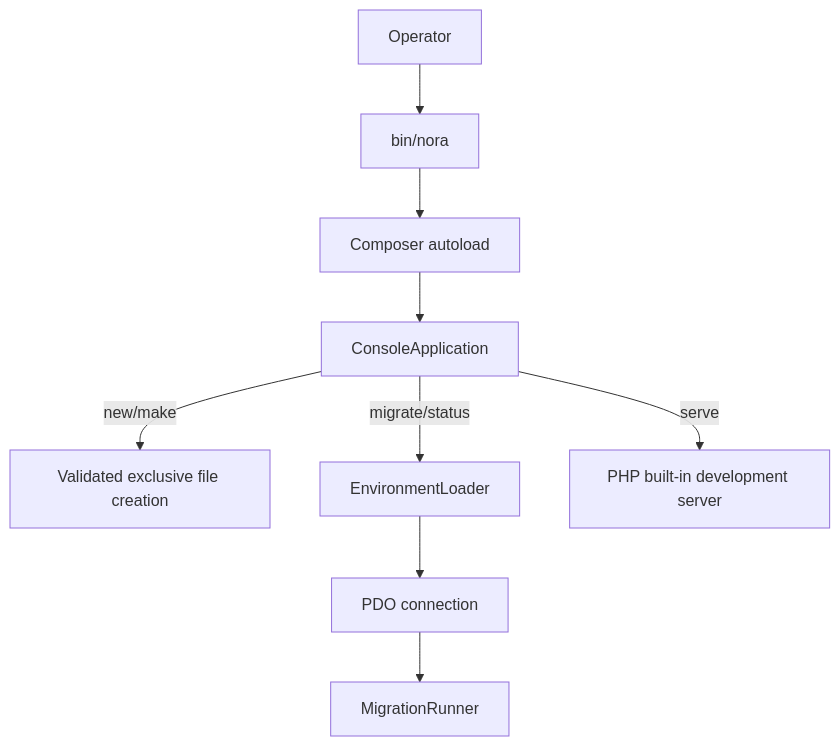
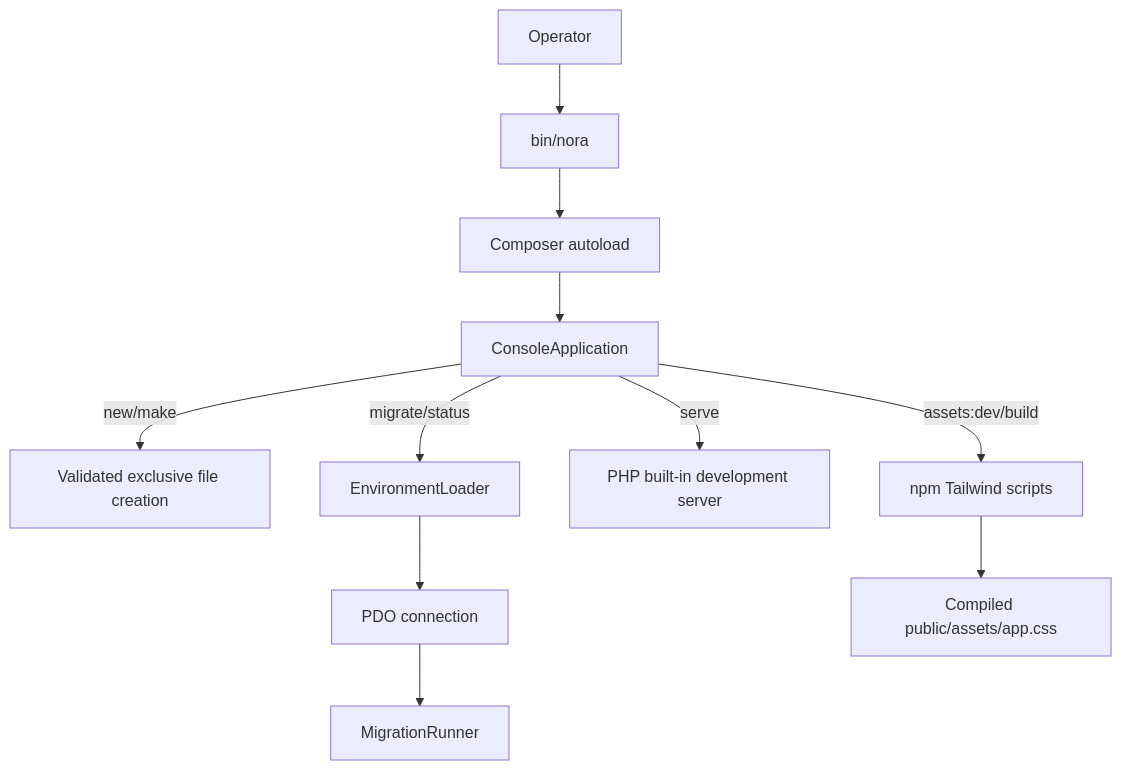
One commit to moravetech/nora changed the diagram in architecture/CLI_ARCHITECTURE.md. Above: the diagram before and after it, drawn with Mermaid. The commit also changed other lines of this file and 120 other files, not shown here.

````diff
--- a/architecture/CLI_ARCHITECTURE.md
+++ b/architecture/CLI_ARCHITECTURE.md
@@ -24,11 +49,13 @@
 ```mermaid
 flowchart TD
     Shell[Operator] --> Entry[bin/nora]
     Entry --> Autoload[Composer autoload]
     Autoload --> Console[ConsoleApplication]
     Console -->|new/make| Files[Validated exclusive file creation]
     Console -->|migrate/status| Env[EnvironmentLoader]
     Env --> PDO[PDO connection]
     PDO --> Runner[MigrationRunner]
     Console -->|serve| Server[PHP built-in development server]
+    Console -->|assets:dev/build| Npm[npm Tailwind scripts]
+    Npm --> Css[Compiled public/assets/app.css]
 ```
````
